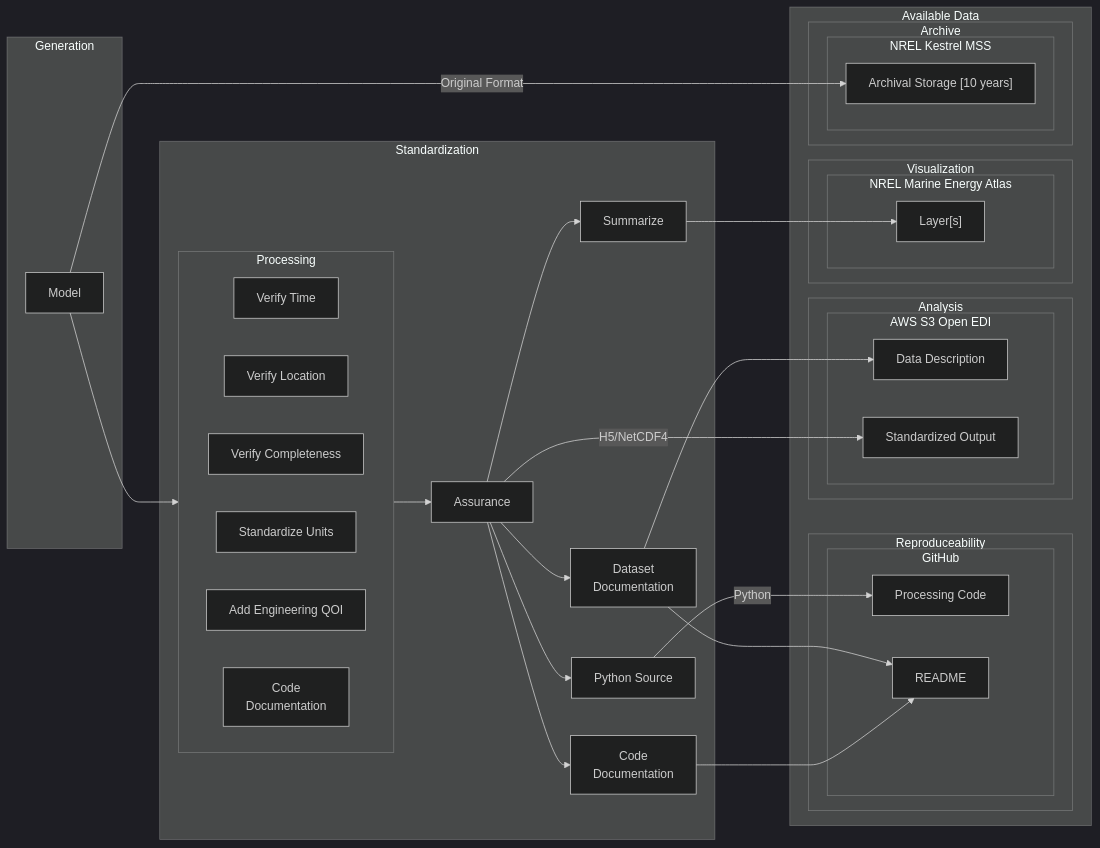
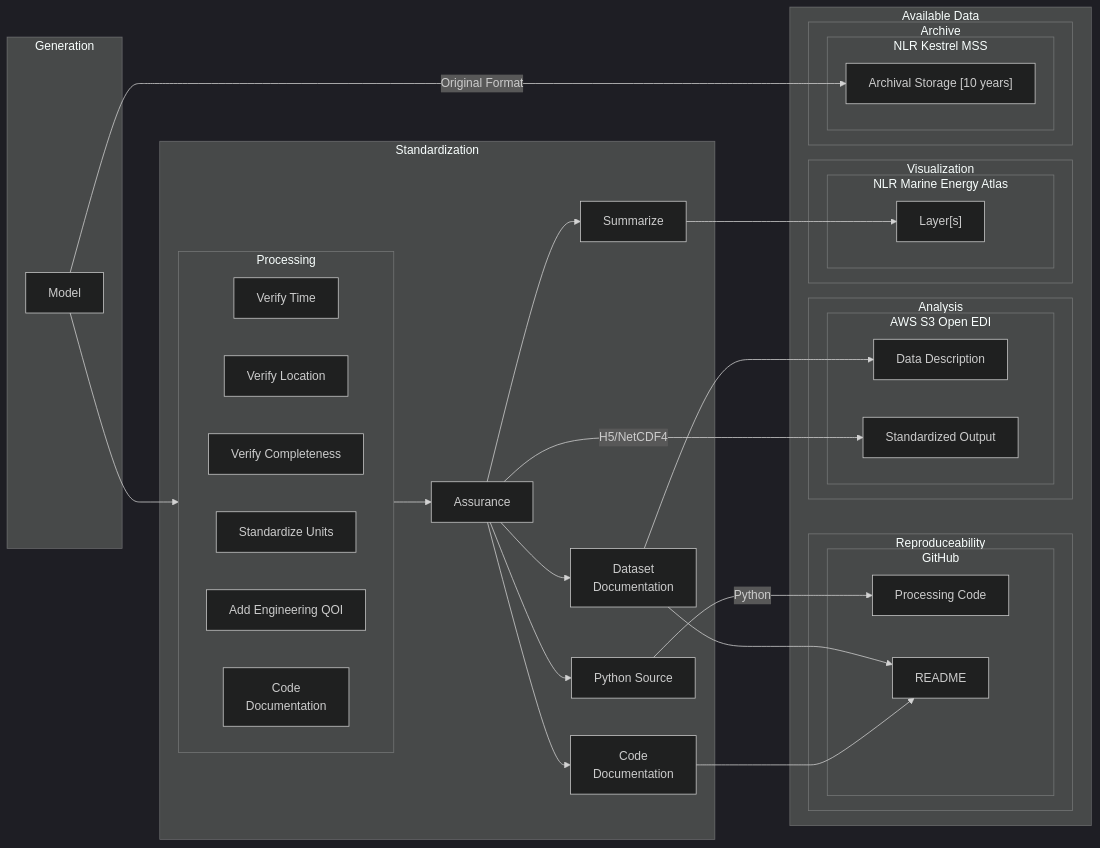
One commit to NatLabRockies/Marine_Energy_Resource_Characterization changed the first of 2 diagrams in README.md. Above: the diagram before and after it, drawn with Mermaid (dark theme). The commit also changed other lines of this file, not shown here.

Commit message:
Docs: Migrate to NLR branding

````diff
--- a/README.md
+++ b/README.md
@@ -84,60 +84,60 @@
 ```mermaid
 flowchart LR
     subgraph Generation
         Model
     end
     subgraph Standardization
         subgraph Processing
             direction LR
             VerifyTime[Verify Time]
             VerifyCoordinates[Verify Location]
             VerifyComplete[Verify Completeness]
             UnitConvert[Standardize Units]
             VAP[Add Engineering QOI]
 
             proc_docs["Code\nDocumentation"]
         end
         Assurance
         Document["Dataset\nDocumentation"]
         Code["Python Source"]
         CodeDocumentation["Code\nDocumentation"]
         Summarize
     end
     subgraph Output[Available Data]
         subgraph Reproduceability
             subgraph GitHub
                 Repo[Processing Code]
                 readme[README]
             end
         end
         subgraph Analysis
             subgraph AWS[AWS S3 Open EDI]
                 DataPage["Data Description"]
                 Standardized_Output["Standardized Output"]
             end
         end
         subgraph Visualization
-            subgraph Atlas[NREL Marine Energy Atlas]
+            subgraph Atlas[NLR Marine Energy Atlas]
                 Atlas_Layer["Layer[s]"]
             end
         end
         subgraph Archive
-            subgraph HPC[NREL Kestrel MSS]
+            subgraph HPC[NLR Kestrel MSS]
                 ArchivalStorage["Archival Storage [10 years]"]
             end
         end
     end
 
     Model --> Processing --> Assurance --> Document
     Assurance --> Summarize
     Assurance --> Code
     Assurance --> CodeDocumentation
     Model -->|Original Format| ArchivalStorage
 
     Assurance -->|H5/NetCDF4| Standardized_Output
     Summarize --> Atlas_Layer
     Code -->|Python| Repo
     CodeDocumentation --> readme
     Document --> readme
     Document --> DataPage
 ```
````
